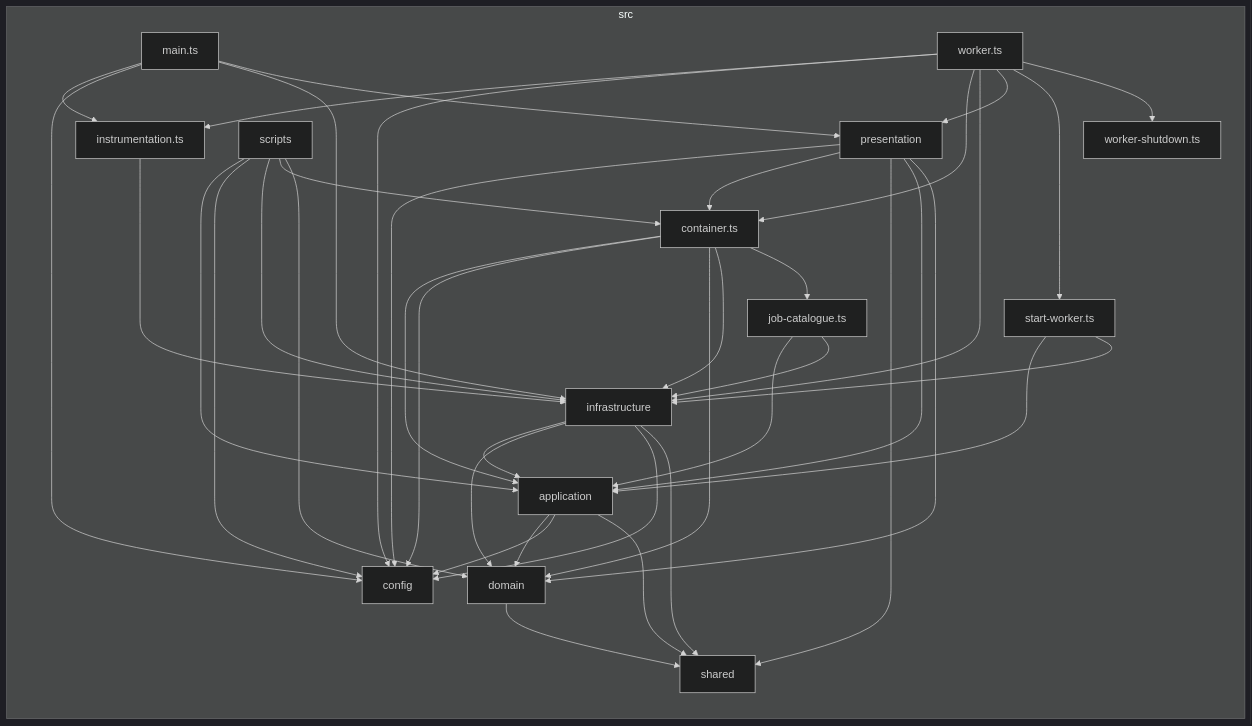
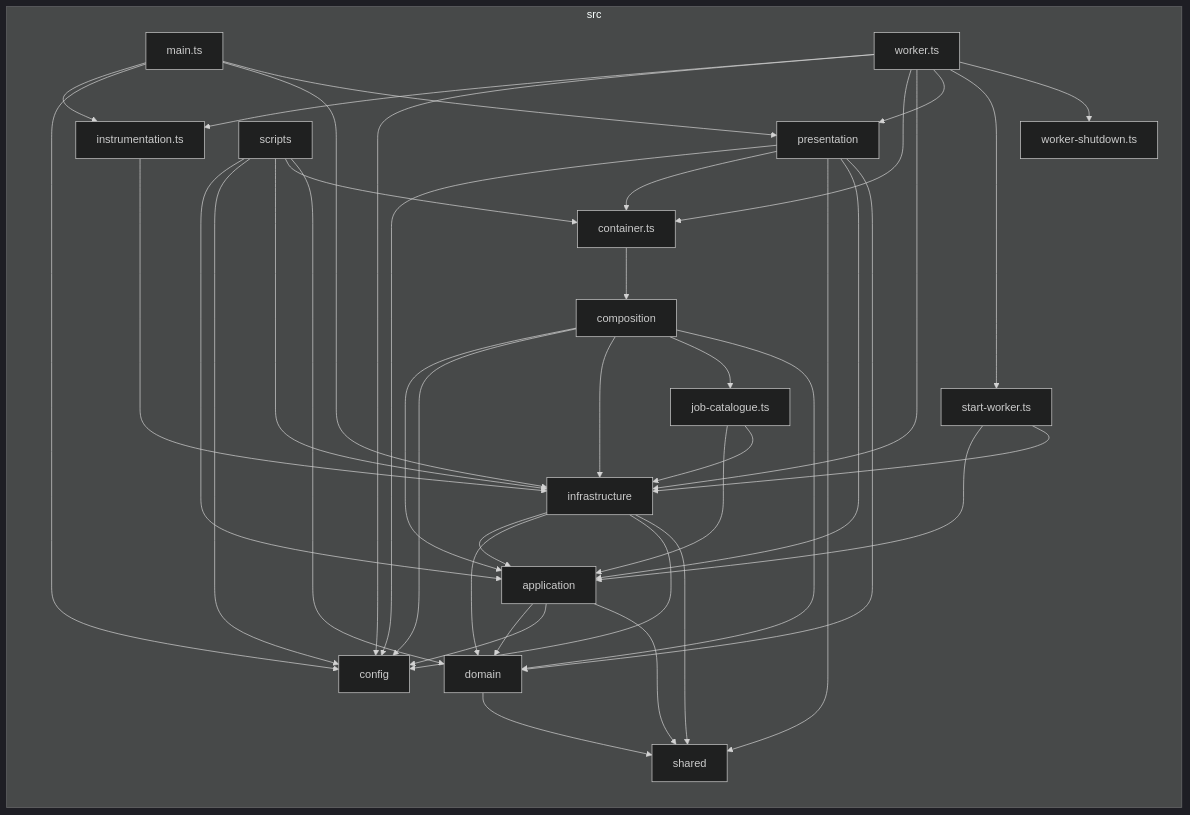
One commit to khusenov/backend-boilerplate changed the diagram in docs/architecture-graph.md. Above: the diagram before and after it, drawn with Mermaid (dark theme). The commit also changed 39 other files, not shown here.

````diff
--- a/docs/architecture-graph.md
+++ b/docs/architecture-graph.md
@@ -1,59 +1,61 @@
 ```mermaid
 flowchart LR
 
 subgraph src["src"]
   src_application["application"]
+  src_composition["composition"]
   src_config["config"]
   src_container_ts["container.ts"]
   src_domain["domain"]
   src_infrastructure["infrastructure"]
   src_instrumentation_ts["instrumentation.ts"]
   src_job_catalogue_ts["job-catalogue.ts"]
   src_main_ts["main.ts"]
   src_presentation["presentation"]
   src_scripts["scripts"]
   src_shared["shared"]
   src_start_worker_ts["start-worker.ts"]
   src_worker_shutdown_ts["worker-shutdown.ts"]
   src_worker_ts["worker.ts"]
 end
 src_application-->src_domain
 src_application-->src_config
 src_application-->src_shared
-src_container_ts-->src_application
-src_container_ts-->src_config
-src_container_ts-->src_domain
-src_container_ts-->src_infrastructure
-src_container_ts-->src_job_catalogue_ts
+src_composition-->src_application
+src_composition-->src_config
+src_composition-->src_infrastructure
+src_composition-->src_job_catalogue_ts
+src_composition-->src_domain
+src_container_ts-->src_composition
 src_domain-->src_shared
 src_infrastructure-->src_application
 src_infrastructure-->src_domain
 src_infrastructure-->src_config
 src_infrastructure-->src_shared
 src_instrumentation_ts-->src_infrastructure
 src_job_catalogue_ts-->src_application
 src_job_catalogue_ts-->src_infrastructure
 src_main_ts-->src_instrumentation_ts
 src_main_ts-->src_config
 src_main_ts-->src_infrastructure
 src_main_ts-->src_presentation
 src_presentation-->src_config
 src_presentation-->src_container_ts
 src_presentation-->src_shared
 src_presentation-->src_application
 src_presentation-->src_domain
 src_scripts-->src_application
 src_scripts-->src_config
 src_scripts-->src_infrastructure
 src_scripts-->src_container_ts
 src_scripts-->src_domain
 src_start_worker_ts-->src_application
 src_start_worker_ts-->src_infrastructure
 src_worker_ts-->src_instrumentation_ts
 src_worker_ts-->src_config
 src_worker_ts-->src_container_ts
 src_worker_ts-->src_infrastructure
 src_worker_ts-->src_presentation
 src_worker_ts-->src_start_worker_ts
 src_worker_ts-->src_worker_shutdown_ts
 ```
````
